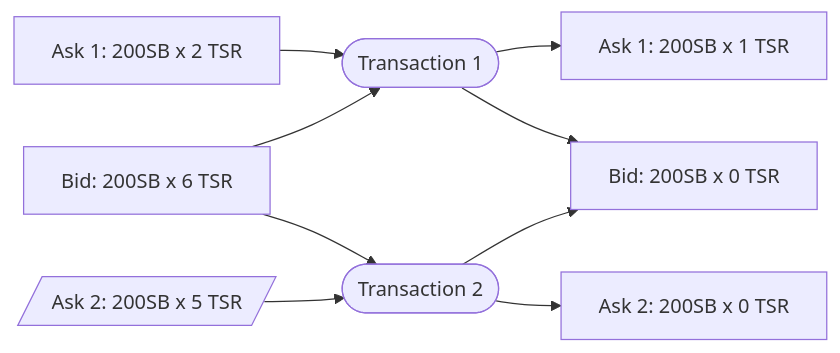
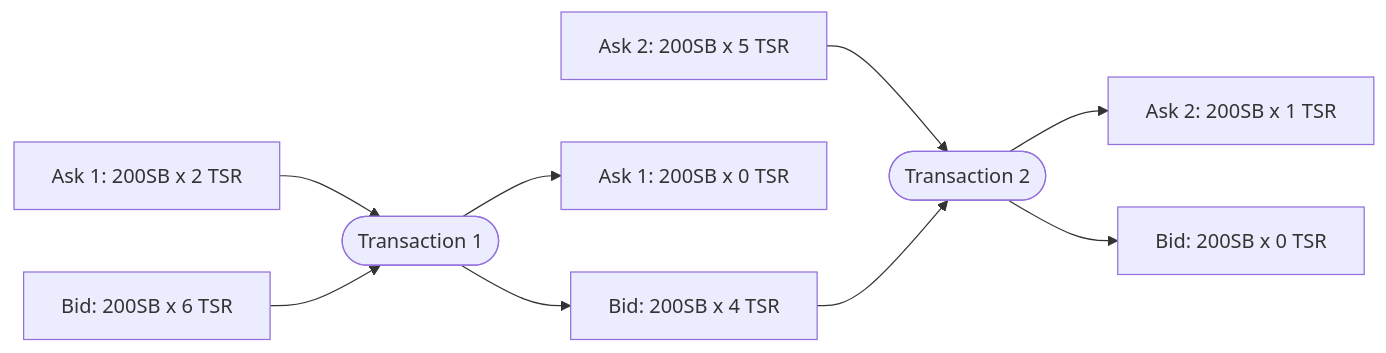
The third of 3 diagrams in docs/src/flowchart/trading.md (gnawex/gnawex), drawn with Mermaid before and after one commit. The commit also changed other lines of this file, not shown here.

Commit message:
Update specification
       1. Update multiple txns representation
       2. Remove expiration for transaction

````diff
--- a/docs/src/flowchart/trading.md
+++ b/docs/src/flowchart/trading.md
@@ -60,14 +56,15 @@
 ```mermaid
 flowchart LR
   AskA[Ask 1: 200SB x 2 TSR] --> TxnA([Transaction 1])
   Bid[Bid: 200SB x 6 TSR] --> TxnA
 
-  Bid --> TxnB([Transaction 2])
-  AskB[/Ask 2: 200SB x 5 TSR/] --> TxnB
+  AskB[Ask 2: 200SB x 5 TSR] --> TxnB
 
-  TxnB --> NewAskB[Ask 2: 200SB x 0 TSR]
-  TxnA --> NewAskA[Ask 1: 200SB x 1 TSR]
+  TxnB --> NewAskB[Ask 2: 200SB x 1 TSR]
+  TxnA --> NewAskA[Ask 1: 200SB x 0 TSR]
 
-  TxnA --> NewBid[Bid: 200SB x 0 TSR]
-  TxnB --> NewBid
+  TxnA --> NewBid[Bid: 200SB x 4 TSR]
+
+  NewBid --> TxnB([Transaction 2])
+  TxnB --> NewNewBid[Bid: 200SB x 0 TSR]
 ```
````
